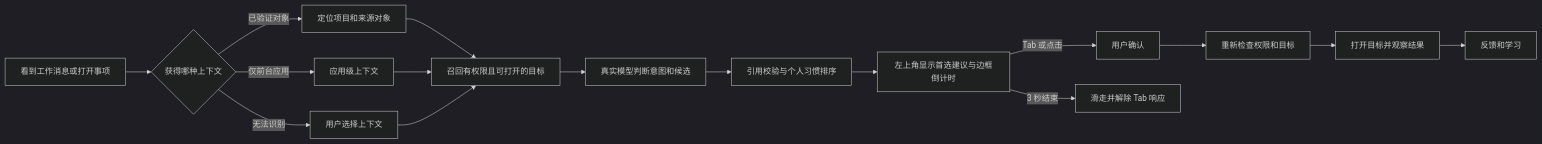
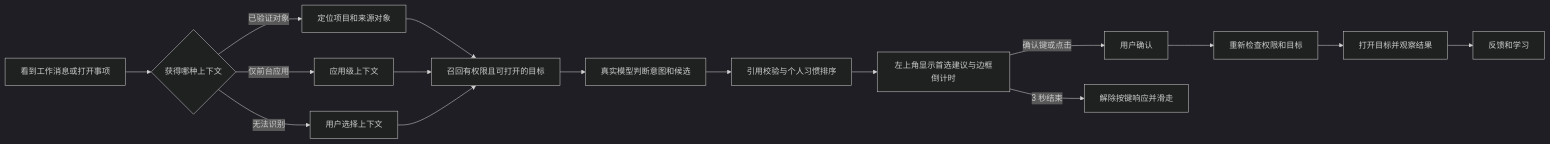
One commit to bread-ovO/bugu-notes changed the first of 5 diagrams in docs/product/BUGU_猜你想做_完整实现方案.md. Above: the diagram before and after it, drawn with Mermaid (dark theme). The commit also changed other lines of this file and 2 other files, not shown here.

Commit message:
docs: allow custom jump shortcuts and defer Tab hints during typing

````diff
--- a/docs/product/BUGU_猜你想做_完整实现方案.md
+++ b/docs/product/BUGU_猜你想做_完整实现方案.md
@@ -60,18 +60,18 @@
 ```mermaid
 flowchart LR
   A[看到工作消息或打开事项] --> B{获得哪种上下文}
   B -->|已验证对象| C[定位项目和来源对象]
   B -->|仅前台应用| D[应用级上下文]
   B -->|无法识别| E[用户选择上下文]
   C --> F[召回有权限且可打开的目标]
   D --> F
   E --> F
   F --> G[真实模型判断意图和候选]
   G --> H[引用校验与个人习惯排序]
   H --> I[左上角显示首选建议与边框倒计时]
-  I -->|Tab 或点击| J[用户确认]
-  I -->|3 秒结束| N[滑走并解除 Tab 响应]
+  I -->|确认键或点击| J[用户确认]
+  I -->|3 秒结束| N[解除按键响应并滑走]
   J --> K[重新检查权限和目标]
   K --> L[打开目标并观察结果]
   L --> M[反馈和学习]
 ```
````
